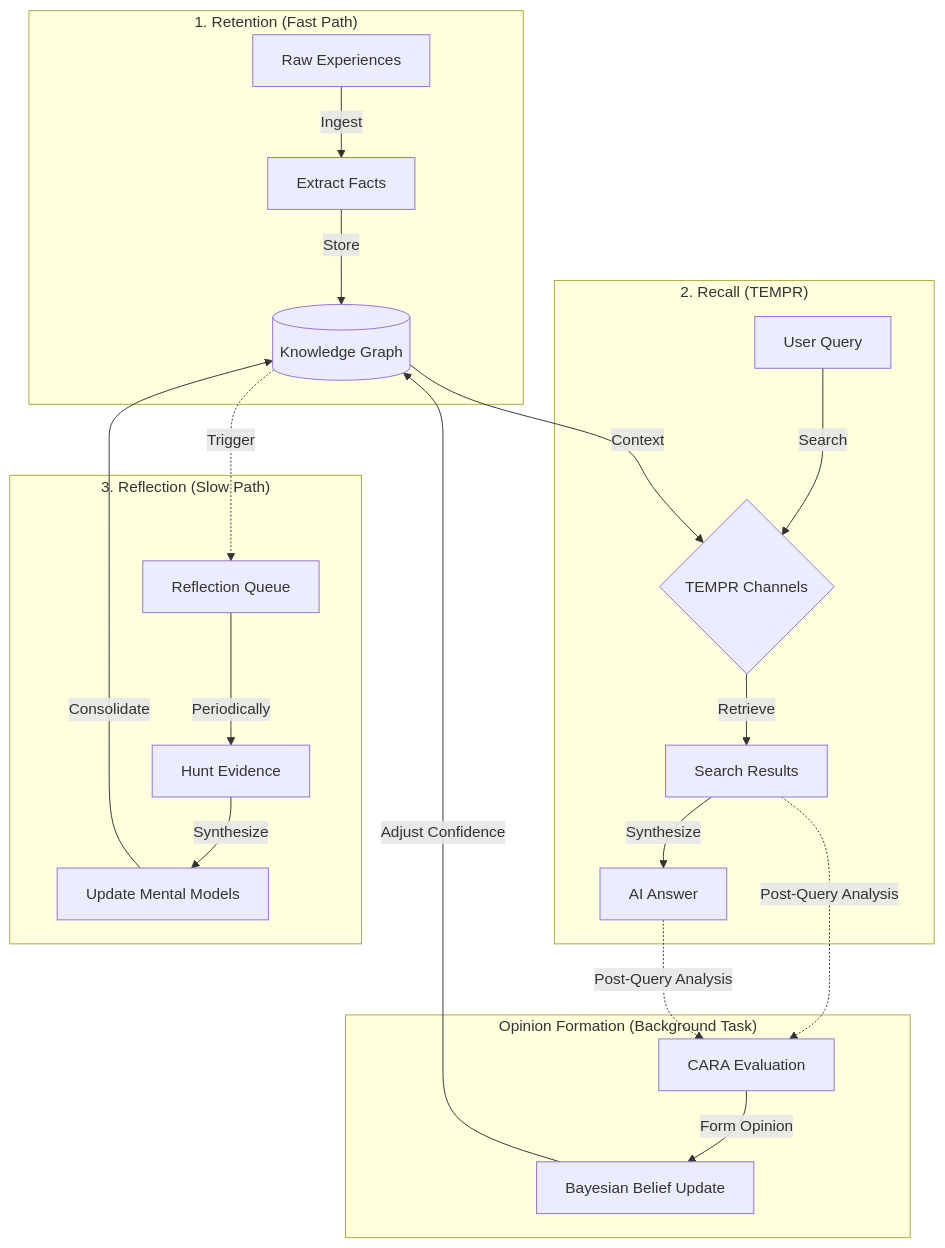
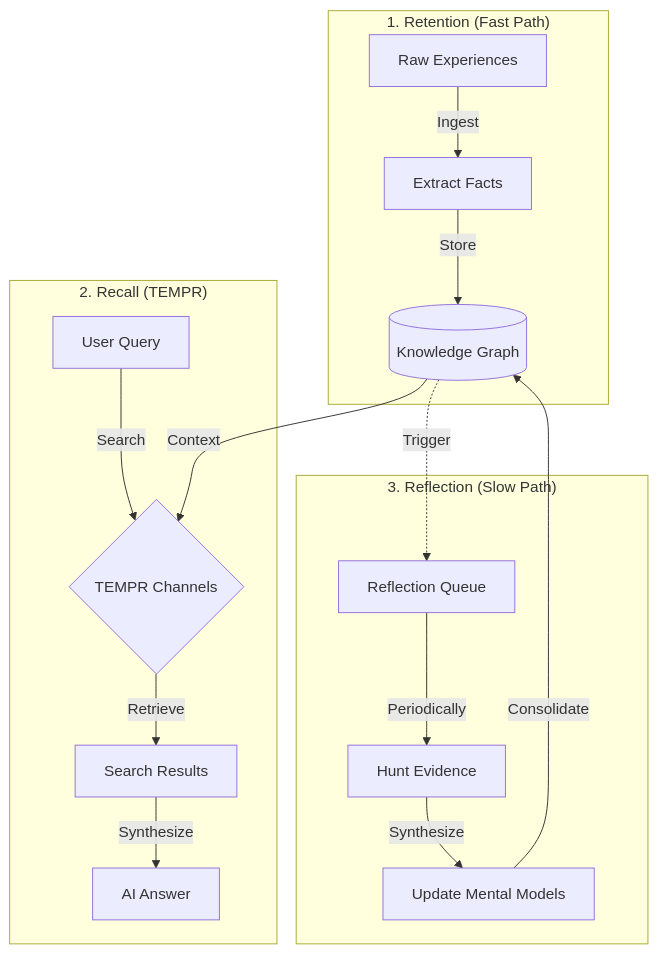
Before and after one commit to JasperHG90/memex: the diagram in docs/explanation/hindsight-framework.md, drawn with Mermaid. The commit also changed other lines of this file and 15 other files, not shown here.

````diff
--- a/docs/explanation/hindsight-framework.md
+++ b/docs/explanation/hindsight-framework.md
@@ -15,28 +15,21 @@
 ```mermaid
 graph TD
     subgraph "1. Retention (Fast Path)"
         A[Raw Experiences] -->|Ingest| B[Extract Facts]
         B -->|Store| C[(Knowledge Graph)]
     end
 
     subgraph "2. Recall (TEMPR)"
         D[User Query] -->|Search| E{TEMPR Channels}
         C -->|Context| E
         E -->|Retrieve| F[Search Results]
         F -->|Synthesize| G[AI Answer]
     end
 
-    subgraph "Opinion Formation (Background Task)"
-        F -.->|Post-Query Analysis| H[CARA Evaluation]
-        G -.->|Post-Query Analysis| H
-        H -->|Form Opinion| I[Bayesian Belief Update]
-        I -->|Adjust Confidence| C
-    end
-
     subgraph "3. Reflection (Slow Path)"
         C -.->|Trigger| J[Reflection Queue]
         J -->|Periodically| K[Hunt Evidence]
         K -->|Synthesize| L[Update Mental Models]
         L -->|Consolidate| C
     end
 ```
````
